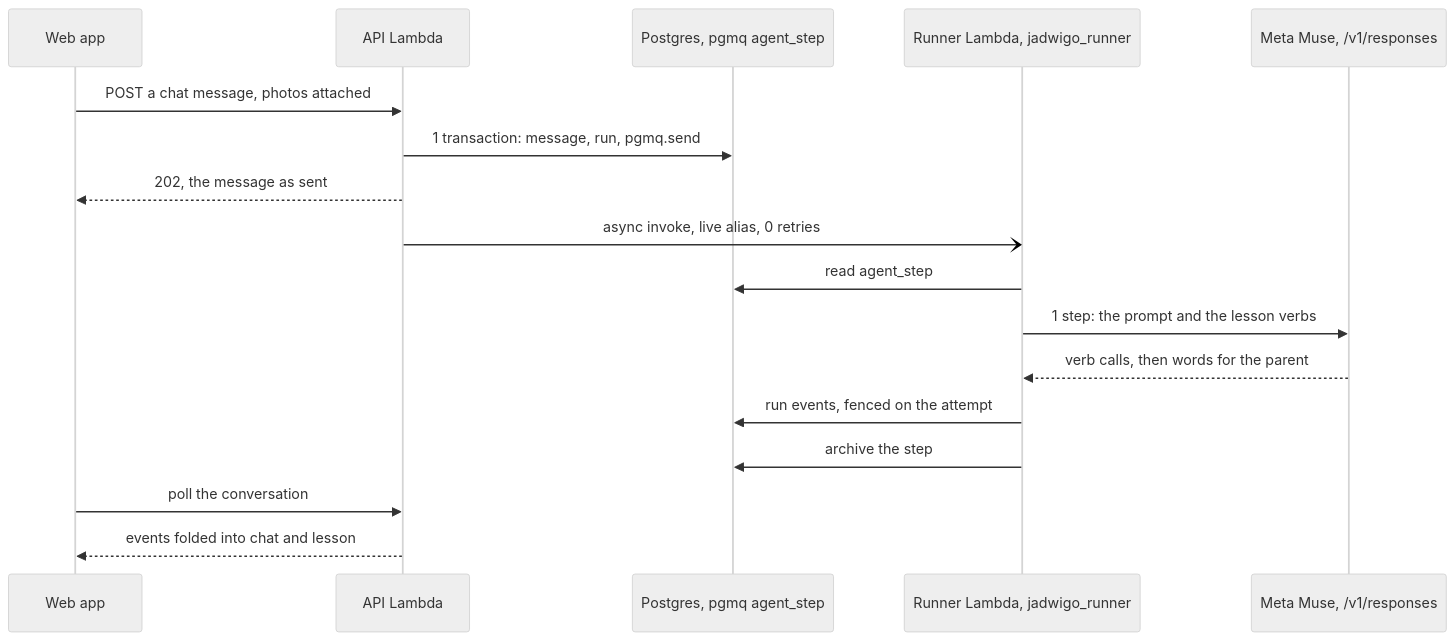
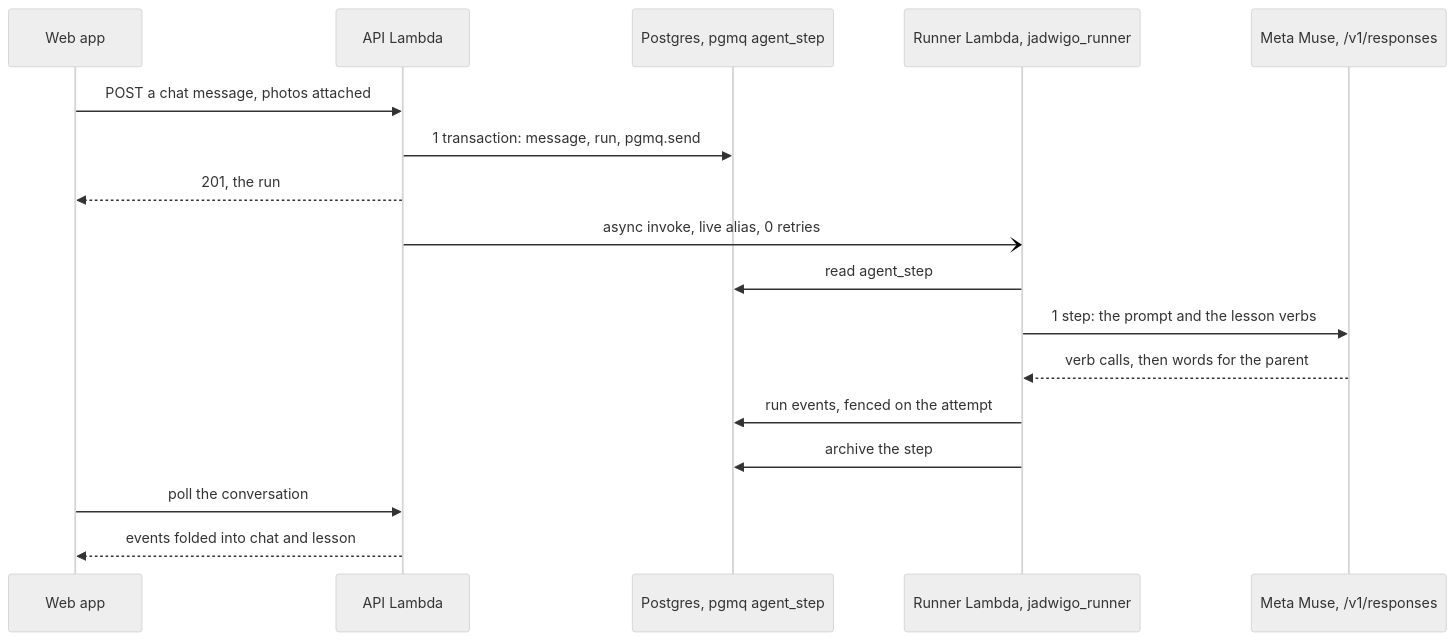
Before and after one commit to vasyl-stanislavchuk/jadwigo-hackathon: the diagram in apps/docs/src/lib/diagrams/runner-turn.mmd, drawn with Mermaid (neutral theme). The commit also changed 2 other files, not shown here.

Commit message:
dl-5ssh.90.53.2: steward fix: postMessage answers 201 with the run

```diff
--- a/apps/docs/src/lib/diagrams/runner-turn.mmd
+++ b/apps/docs/src/lib/diagrams/runner-turn.mmd
@@ -1,17 +1,17 @@
 sequenceDiagram
   participant W as Web app
   participant API as API Lambda
   participant PG as Postgres, pgmq agent_step
   participant R as Runner Lambda, jadwigo_runner
   participant M as Meta Muse, /v1/responses
   W->>API: POST a chat message, photos attached
   API->>PG: 1 transaction: message, run, pgmq.send
-  API-->>W: 202, the message as sent
+  API-->>W: 201, the run
   API-)R: async invoke, live alias, 0 retries
   R->>PG: read agent_step
   R->>M: 1 step: the prompt and the lesson verbs
   M-->>R: verb calls, then words for the parent
   R->>PG: run events, fenced on the attempt
   R->>PG: archive the step
   W->>API: poll the conversation
   API-->>W: events folded into chat and lesson
```
